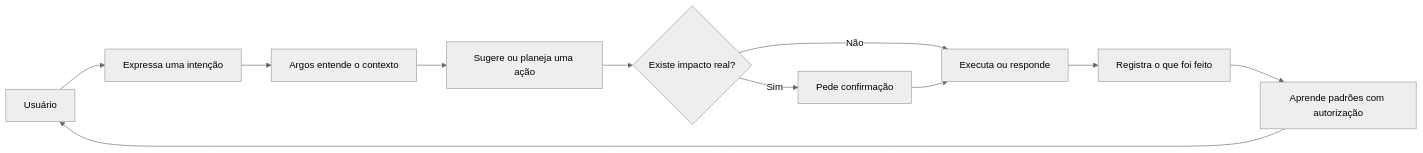
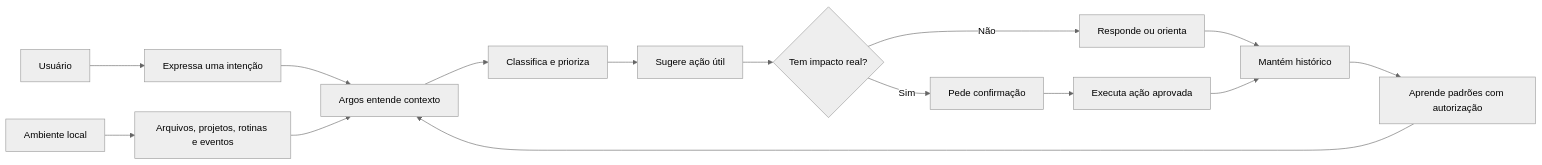
One commit to BrunoDanielPF/argos-assistant changed the first of 9 diagrams in README.md. Above: the diagram before and after it, drawn with Mermaid (neutral theme). The commit also changed other lines of this file, not shown here.

````diff
--- a/README.md
+++ b/README.md
@@ -15,13 +42,21 @@
 ```mermaid
 flowchart LR
     user["Usuário"] --> intent["Expressa uma intenção"]
-    intent --> argos["Argos entende o contexto"]
-    argos --> suggest["Sugere ou planeja uma ação"]
-    suggest --> approval{"Existe impacto real?"}
-    approval -->|Não| execute["Executa ou responde"]
+    environment["Ambiente local"] --> signals["Arquivos, projetos, rotinas e eventos"]
+
+    intent --> argos["Argos entende contexto"]
+    signals --> argos
+
+    argos --> classify["Classifica e prioriza"]
+    classify --> suggest["Sugere ação útil"]
+    suggest --> approval{"Tem impacto real?"}
+
+    approval -->|Não| respond["Responde ou orienta"]
     approval -->|Sim| confirm["Pede confirmação"]
-    confirm --> execute
-    execute --> audit["Registra o que foi feito"]
+    confirm --> execute["Executa ação aprovada"]
+
+    respond --> audit["Mantém histórico"]
+    execute --> audit
     audit --> learn["Aprende padrões com autorização"]
-    learn --> user
+    learn --> argos
 ```
````
